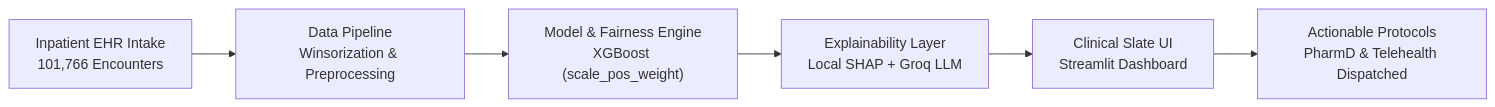
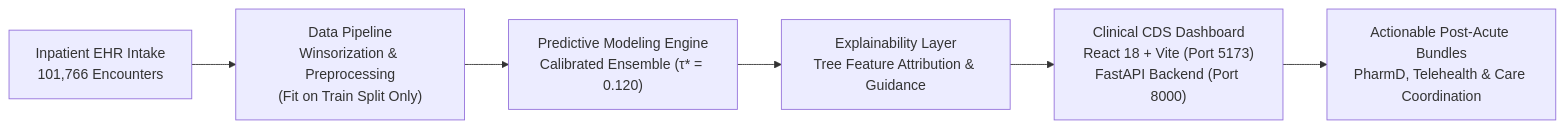
One commit to VIKI7-HUB/hospital_readmission changed the diagram in README.md. Above: the diagram before and after it, drawn with Mermaid. The commit also changed other lines of this file and 4 other files, not shown here.

````diff
--- a/README.md
+++ b/README.md
@@ -77,8 +77,8 @@
 ```mermaid
 flowchart LR
-    A["Inpatient EHR Intake<br/>101,766 Encounters"] --> B["Data Pipeline<br/>Winsorization & Preprocessing"]
-    B --> C["Model & Fairness Engine<br/>XGBoost (scale_pos_weight)"]
-    C --> D["Explainability Layer<br/>Local SHAP + Groq LLM"]
-    D --> E["Clinical Slate UI<br/>Streamlit Dashboard"]
-    E --> F["Actionable Protocols<br/>PharmD & Telehealth Dispatched"]
+    A["Inpatient EHR Intake<br/>101,766 Encounters"] --> B["Data Pipeline<br/>Winsorization & Preprocessing<br/>(Fit on Train Split Only)"]
+    B --> C["Predictive Modeling Engine<br/>Calibrated Ensemble (&tau;* = 0.120)"]
+    C --> D["Explainability Layer<br/>Tree Feature Attribution & Guidance"]
+    D --> E["Clinical CDS Dashboard<br/>React 18 + Vite (Port 5173)<br/>FastAPI Backend (Port 8000)"]
+    E --> F["Actionable Post-Acute Bundles<br/>PharmD, Telehealth & Care Coordination"]
 ```
````
